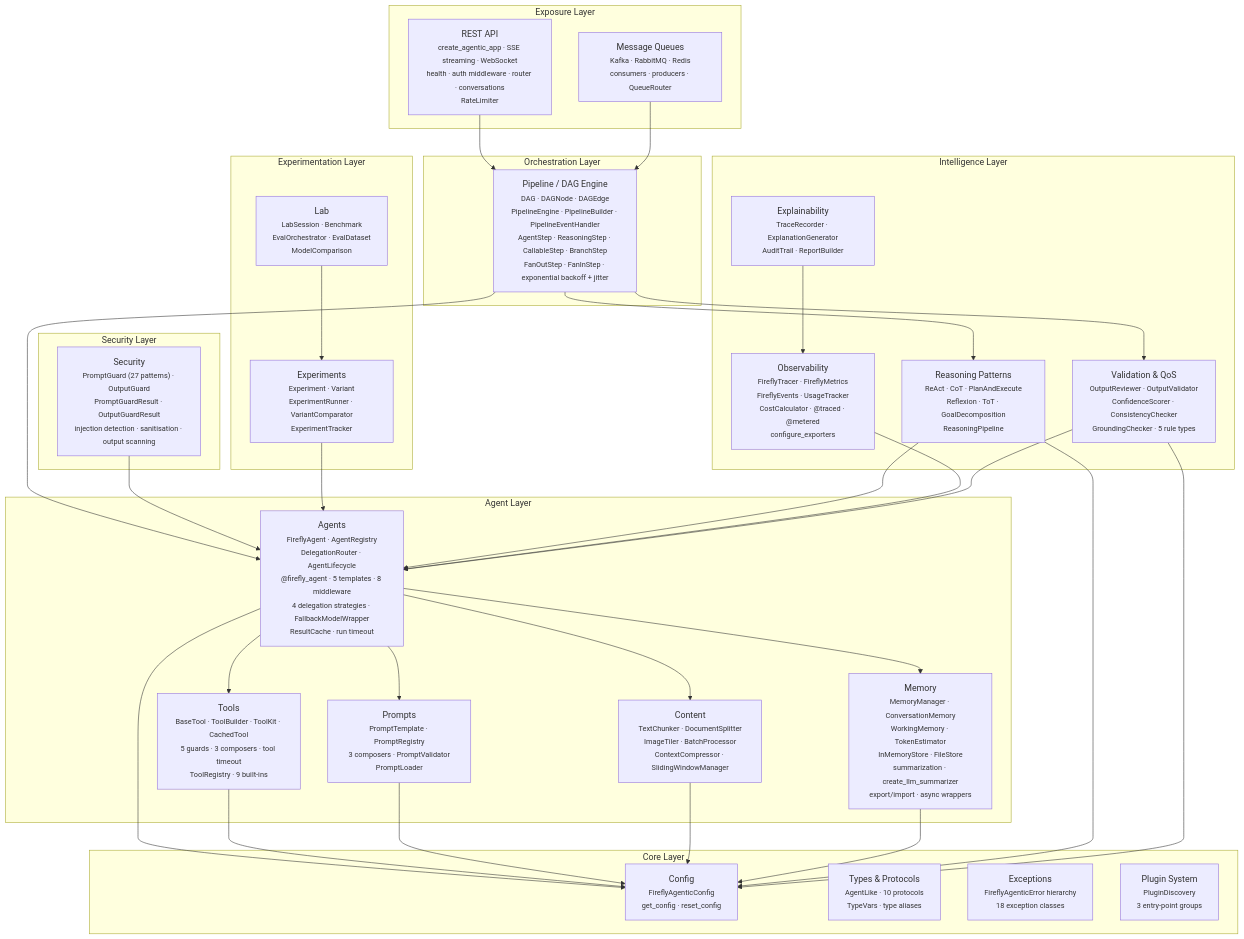
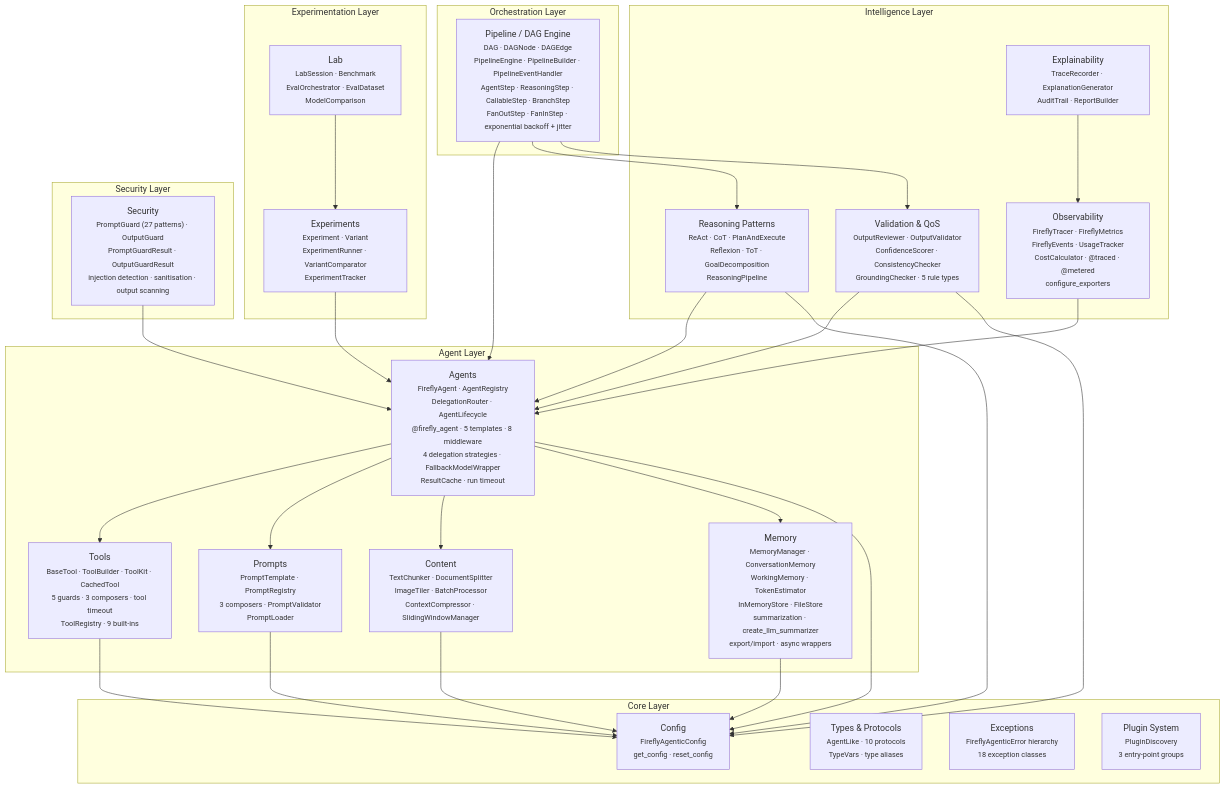
The first of 7 diagrams in docs/architecture.md (fireflyframework/fireflyframework-agentic), drawn with Mermaid before and after one commit. The commit also changed other lines of this file and 45 other files, not shown here.

First line of the commit message:
feat!: remove REST/queue exposure serving layer

````diff
--- a/docs/architecture.md
+++ b/docs/architecture.md
@@ -33,66 +33,59 @@
 ```mermaid
 graph TD
-    subgraph Exposure Layer
-        REST["REST API<br/><small>create_agentic_app · SSE streaming · WebSocket<br/>health · auth middleware · router · conversations<br/>RateLimiter</small>"]
-        QUEUES["Message Queues<br/><small>Kafka · RabbitMQ · Redis<br/>consumers · producers · QueueRouter</small>"]
-    end
-
     subgraph Orchestration Layer
         PIPE["Pipeline / DAG Engine<br/><small>DAG · DAGNode · DAGEdge<br/>PipelineEngine · PipelineBuilder · PipelineEventHandler<br/>AgentStep · ReasoningStep · CallableStep · BranchStep<br/>FanOutStep · FanInStep · exponential backoff + jitter</small>"]
     end
 
     subgraph Experimentation Layer
         EXP["Experiments<br/><small>Experiment · Variant<br/>ExperimentRunner · VariantComparator<br/>ExperimentTracker</small>"]
         LAB["Lab<br/><small>LabSession · Benchmark<br/>EvalOrchestrator · EvalDataset<br/>ModelComparison</small>"]
     end
 
     subgraph Intelligence Layer
         REASON["Reasoning Patterns<br/><small>ReAct · CoT · PlanAndExecute<br/>Reflexion · ToT · GoalDecomposition<br/>ReasoningPipeline</small>"]
         VAL["Validation & QoS<br/><small>OutputReviewer · OutputValidator<br/>ConfidenceScorer · ConsistencyChecker<br/>GroundingChecker · 5 rule types</small>"]
         OBS["Observability<br/><small>FireflyTracer · FireflyMetrics<br/>FireflyEvents · UsageTracker<br/>CostCalculator · @traced · @metered<br/>configure_exporters</small>"]
         EXPL["Explainability<br/><small>TraceRecorder · ExplanationGenerator<br/>AuditTrail · ReportBuilder</small>"]
     end
 
     subgraph Security Layer
         SEC["Security<br/><small>PromptGuard (27 patterns) · OutputGuard<br/>PromptGuardResult · OutputGuardResult<br/>injection detection · sanitisation · output scanning</small>"]
     end
 
     subgraph Agent Layer
         AGT["Agents<br/><small>FireflyAgent · AgentRegistry<br/>DelegationRouter · AgentLifecycle<br/>@firefly_agent · 5 templates · 8 middleware<br/>4 delegation strategies · FallbackModelWrapper<br/>ResultCache · run timeout</small>"]
         TOOLS["Tools<br/><small>BaseTool · ToolBuilder · ToolKit · CachedTool<br/>5 guards · 3 composers · tool timeout<br/>ToolRegistry · 9 built-ins</small>"]
         PROMPTS["Prompts<br/><small>PromptTemplate · PromptRegistry<br/>3 composers · PromptValidator<br/>PromptLoader</small>"]
         CONTENT["Content<br/><small>TextChunker · DocumentSplitter<br/>ImageTiler · BatchProcessor<br/>ContextCompressor · SlidingWindowManager</small>"]
         MEM["Memory<br/><small>MemoryManager · ConversationMemory<br/>WorkingMemory · TokenEstimator<br/>InMemoryStore · FileStore<br/>summarization · create_llm_summarizer<br/>export/import · async wrappers</small>"]
     end
 
     subgraph Core Layer
         CFG["Config<br/><small>FireflyAgenticConfig<br/>get_config · reset_config</small>"]
         TYPES["Types & Protocols<br/><small>AgentLike · 10 protocols<br/>TypeVars · type aliases</small>"]
         EXC["Exceptions<br/><small>FireflyAgenticError hierarchy<br/>18 exception classes</small>"]
         PLUG["Plugin System<br/><small>PluginDiscovery<br/>3 entry-point groups</small>"]
     end
 
-    REST --> PIPE
-    QUEUES --> PIPE
     PIPE --> AGT
     PIPE --> REASON
     PIPE --> VAL
     SEC --> AGT
     LAB --> EXP
     EXP --> AGT
     REASON --> AGT
     OBS --> AGT
     EXPL --> OBS
     VAL --> AGT
     AGT --> TOOLS
     AGT --> PROMPTS
     AGT --> CONTENT
     AGT --> MEM
     AGT --> CFG
     TOOLS --> CFG
     PROMPTS --> CFG
     CONTENT --> CFG
     MEM --> CFG
     REASON --> CFG
     VAL --> CFG
 ```
````
